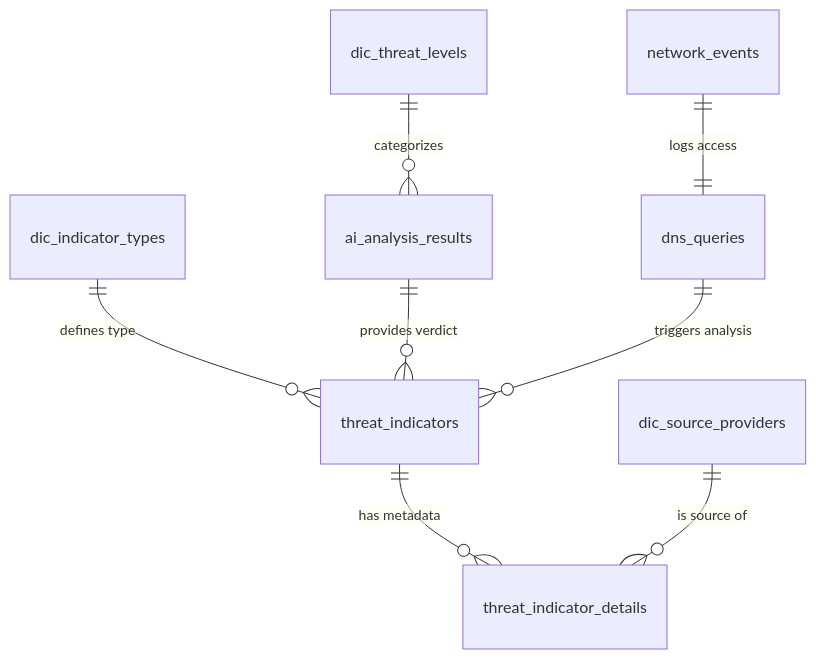
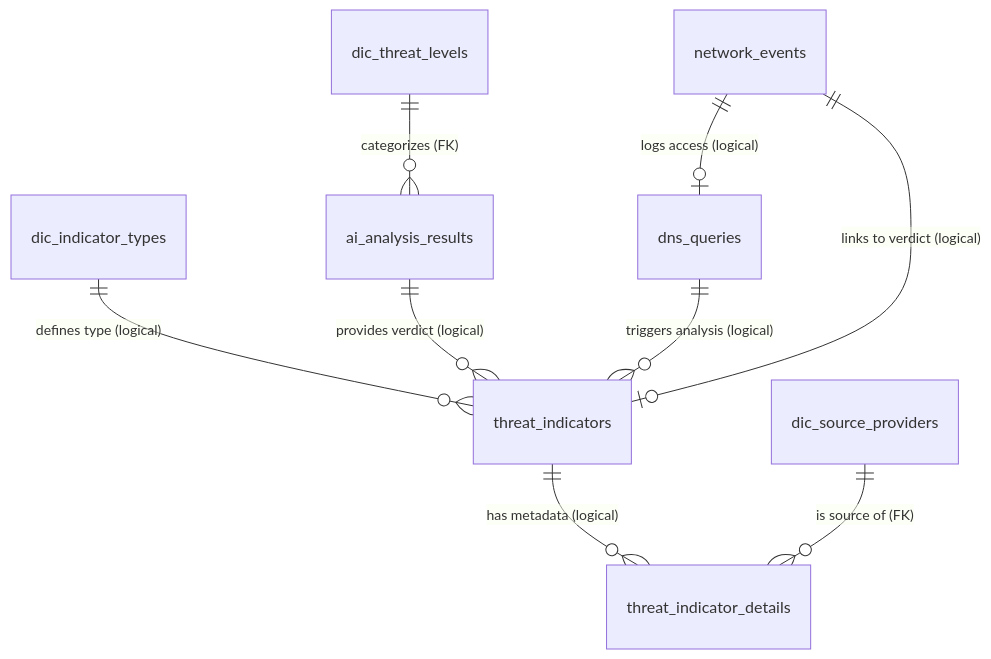
The diagram in docs/db.md (lukaszFD/cyber-sentinel), drawn with Mermaid before and after one commit. The commit also changed other lines of this file and 4 other files, not shown here.

````diff
--- a/docs/db.md
+++ b/docs/db.md
@@ -9,10 +28,11 @@
 ```mermaid
 erDiagram
-    dic_indicator_types ||--o{ threat_indicators : "defines type"
-    ai_analysis_results ||--o{ threat_indicators : "provides verdict"
-    dns_queries ||--o{ threat_indicators : "triggers analysis"
-    threat_indicators ||--o{ threat_indicator_details : "has metadata"
-    dic_source_providers ||--o{ threat_indicator_details : "is source of"
-    dic_threat_levels ||--o{ ai_analysis_results : "categorizes"
-    network_events ||--|| dns_queries : "logs access"
+    dic_indicator_types ||--o{ threat_indicators : "defines type (logical)"
+    dic_threat_levels   ||--o{ ai_analysis_results : "categorizes (FK)"
+    ai_analysis_results ||--o{ threat_indicators : "provides verdict (logical)"
+    dns_queries         ||--o{ threat_indicators : "triggers analysis (logical)"
+    threat_indicators   ||--o{ threat_indicator_details : "has metadata (logical)"
+    dic_source_providers||--o{ threat_indicator_details : "is source of (FK)"
+    network_events      ||--o| dns_queries : "logs access (logical)"
+    network_events      ||--o| threat_indicators : "links to verdict (logical)"
 ```
````
